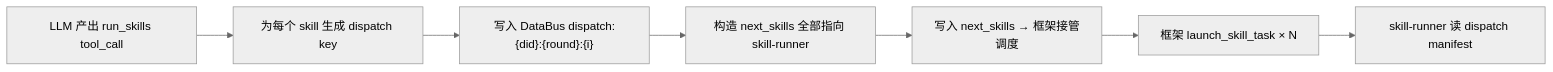
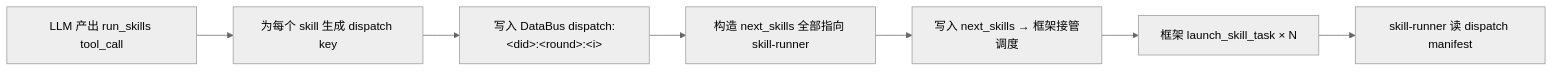
One commit to xyz11274/agentf changed the first of 3 diagrams in docs/enhancements/042-feature-generic-harness-agent-package-260630-tbd.md. Above: the diagram before and after it, drawn with Mermaid (neutral theme). The commit also changed other lines of this file and 104 other files, not shown here.

````diff
--- a/docs/enhancements/042-feature-generic-harness-agent-package-260630-tbd.md
+++ b/docs/enhancements/042-feature-generic-harness-agent-package-260630-tbd.md
@@ -583,9 +587,9 @@
 ```mermaid
 flowchart LR
     A["LLM 产出 run_skills tool_call"] --> B["为每个 skill 生成 dispatch key"]
-    B --> C["写入 DataBus dispatch:{did}:{round}:{i}"]
+    B --> C["写入 DataBus dispatch:&lt;did&gt;:&lt;round&gt;:&lt;i&gt;"]
     C --> D["构造 next_skills 全部指向 skill-runner"]
     D --> E["写入 next_skills → 框架接管调度"]
     E --> F["框架 launch_skill_task × N"]
     F --> G["skill-runner 读 dispatch manifest"]
 ```
````
